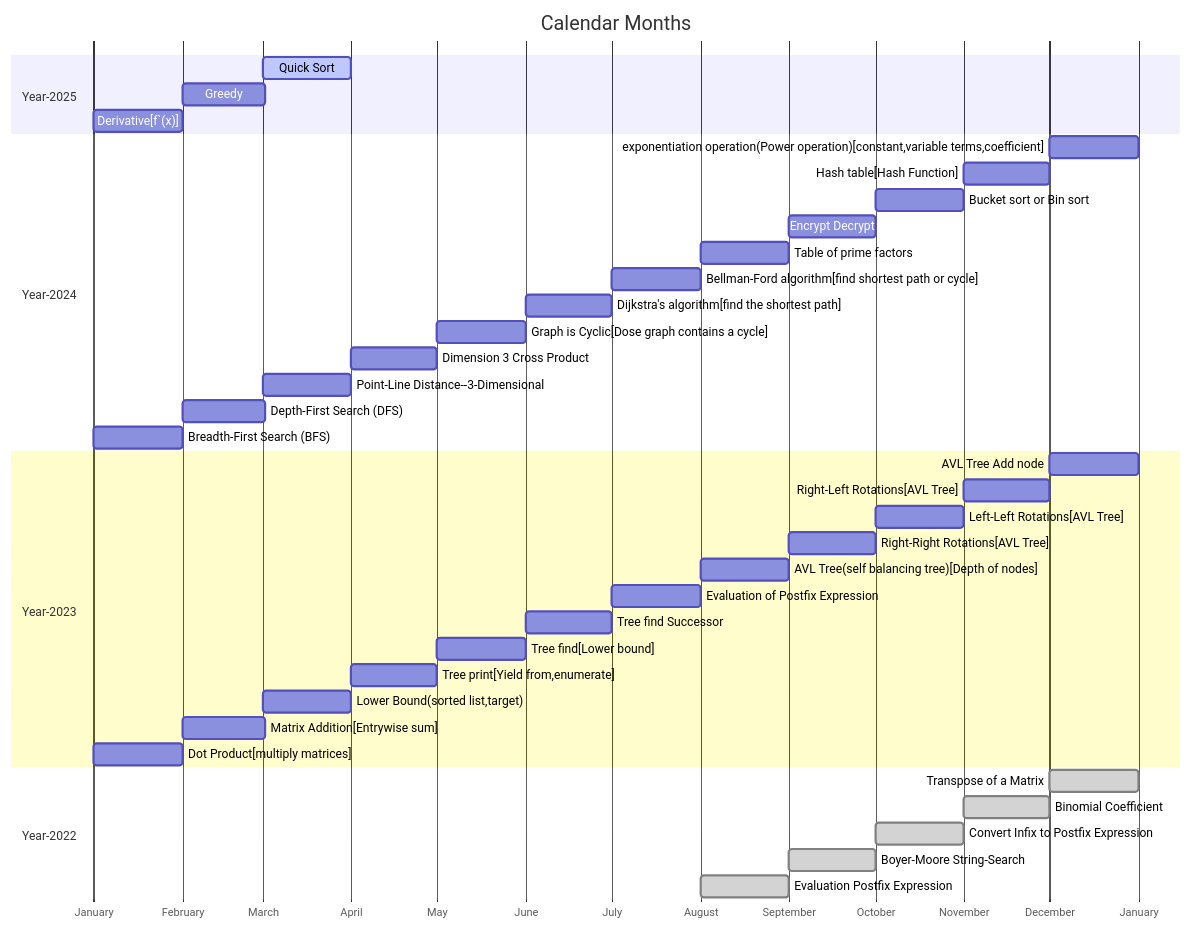
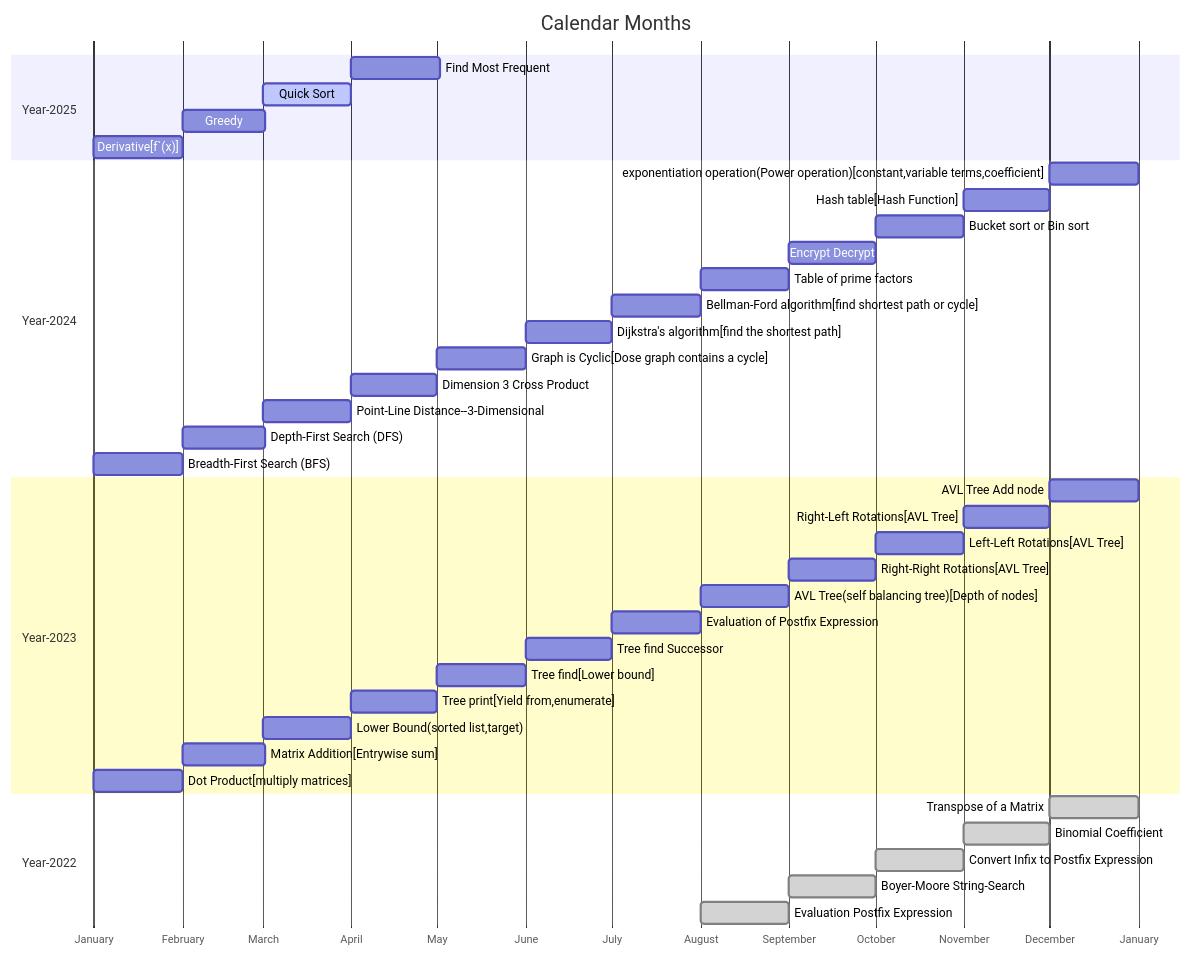
The diagram in src/calendar.md (softtiny/docs.calendar), drawn with Mermaid before and after one commit. The commit also changed 2 other files, not shown here.

````diff
--- a/src/calendar.md
+++ b/src/calendar.md
@@ -2,43 +2,44 @@
 ```mermaid
 
 gantt
     title Calendar Months
     dateFormat MM-DD
     axisFormat %B
     section Year-2025
+        Find Most Frequent :04-01, 31d
         Quick Sort      :active, 03-01, 31d
         Greedy          :02-01, 29d
         Derivative[f`(x)]          :01-01, 31d
     section Year-2024
         exponentiation operation(Power operation)[constant,variable terms,coefficient]  :12-01, 31d
         Hash table[Hash Function]  :11-01, 30d
         Bucket sort or Bin sort  :10-01, 31d
         Encrypt Decrypt  :09-01, 30d
         Table of prime factors  :08-01, 31d
         Bellman-Ford algorithm[find shortest path or cycle] :07-01, 31d
         Dijkstra's algorithm[find the shortest path] :06-01, 30d
         Graph is Cyclic[Dose graph contains a cycle]  :05-01, 31d
         Dimension 3 Cross Product  :04-01, 30d
         Point-Line Distance--3-Dimensional  :03-01, 31d
         Depth-First Search (DFS)          :02-01, 29d
         Breadth-First Search (BFS)          :01-01, 31d
     section Year-2023
         AVL Tree Add node :12-01, 31d
         Right-Left Rotations[AVL Tree] :11-01, 30d
         Left-Left Rotations[AVL Tree] :10-01, 31d
         Right-Right Rotations[AVL Tree] :09-01, 30d
         AVL Tree(self balancing tree)[Depth of nodes] :08-01, 31d
         Evaluation of Postfix Expression :07-01, 31d
         Tree find Successor :06-01, 30d
         Tree find[Lower bound] :05-01, 31d
         Tree print[Yield from,enumerate] :04-01, 30d
         Lower Bound(sorted list,target) :03-01, 31d
         Matrix Addition[Entrywise sum] :02-01, 29d
         Dot Product[multiply matrices] :01-01, 31d
     section Year-2022
         Transpose of a Matrix :done, 12-01, 31d
         Binomial Coefficient :done, 11-01, 30d
         Convert Infix to Postfix Expression :done, 10-01, 31d
         Boyer-Moore String-Search :done, 09-01, 30d
         Evaluation Postfix Expression :done, 08-01, 31d
 ```
````
